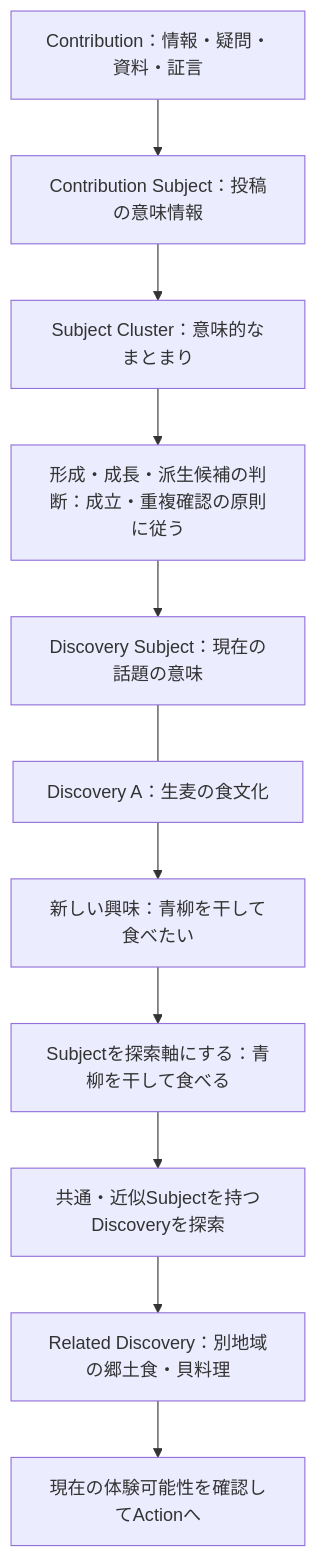
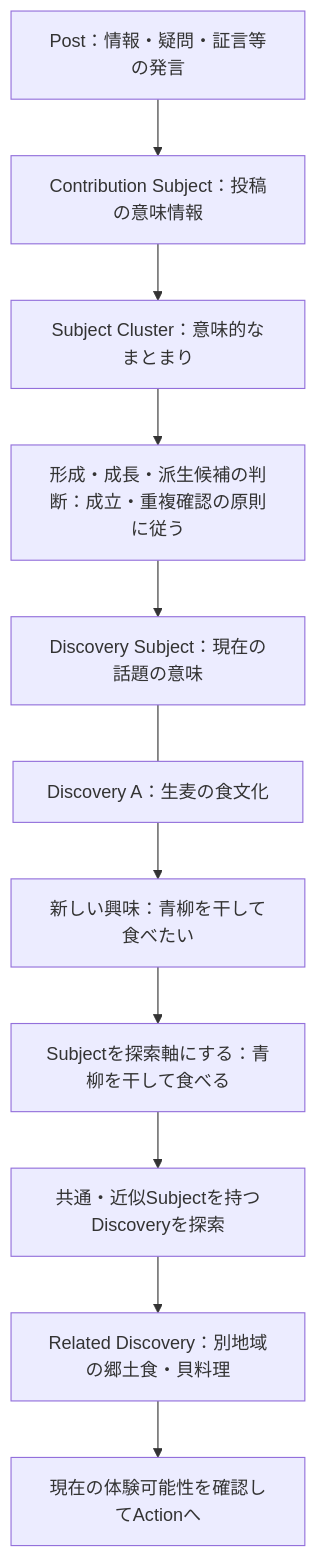
Before and after one commit to ex-day/platform: the third of 6 diagrams in docs/ex-day_domain_model.md, drawn with Mermaid. The commit also changed other lines of this file and 3 other files, not shown here.

First line of the commit message:
docs: rename Contribution to Post in upper-level documents (Issue #58)

````diff
--- a/docs/ex-day_domain_model.md
+++ b/docs/ex-day_domain_model.md
@@ -405,13 +407,13 @@
 ```mermaid
 flowchart TD
-    C["Contribution：情報・疑問・資料・証言"] --> CS["Contribution Subject：投稿の意味情報"]
+    C["Post：情報・疑問・証言等の発言"] --> CS["Contribution Subject：投稿の意味情報"]
     CS --> SC["Subject Cluster：意味的なまとまり"]
     SC --> M["形成・成長・派生候補の判断：成立・重複確認の原則に従う"]
     M --> DS["Discovery Subject：現在の話題の意味"]
     DS --- D["Discovery A：生麦の食文化"]
     D --> I["新しい興味：青柳を干して食べたい"]
     I --> S["Subjectを探索軸にする：青柳を干して食べる"]
     S --> R["共通・近似Subjectを持つDiscoveryを探索"]
     R --> B["Related Discovery：別地域の郷土食・貝料理"]
     B --> A["現在の体験可能性を確認してActionへ"]
 ```
````
